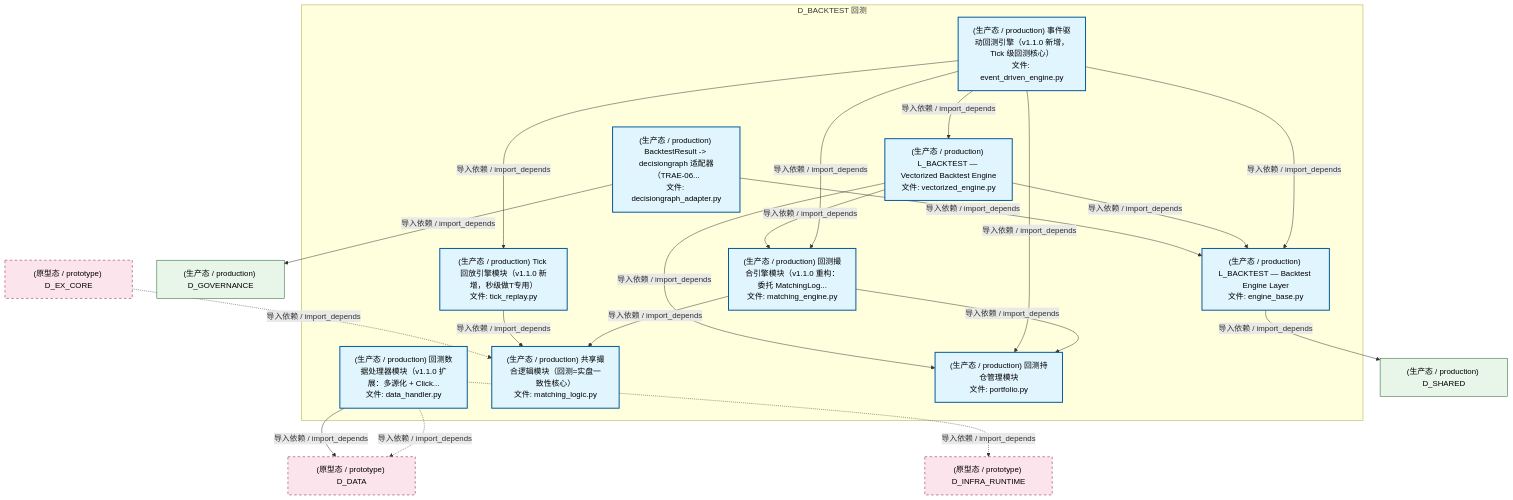
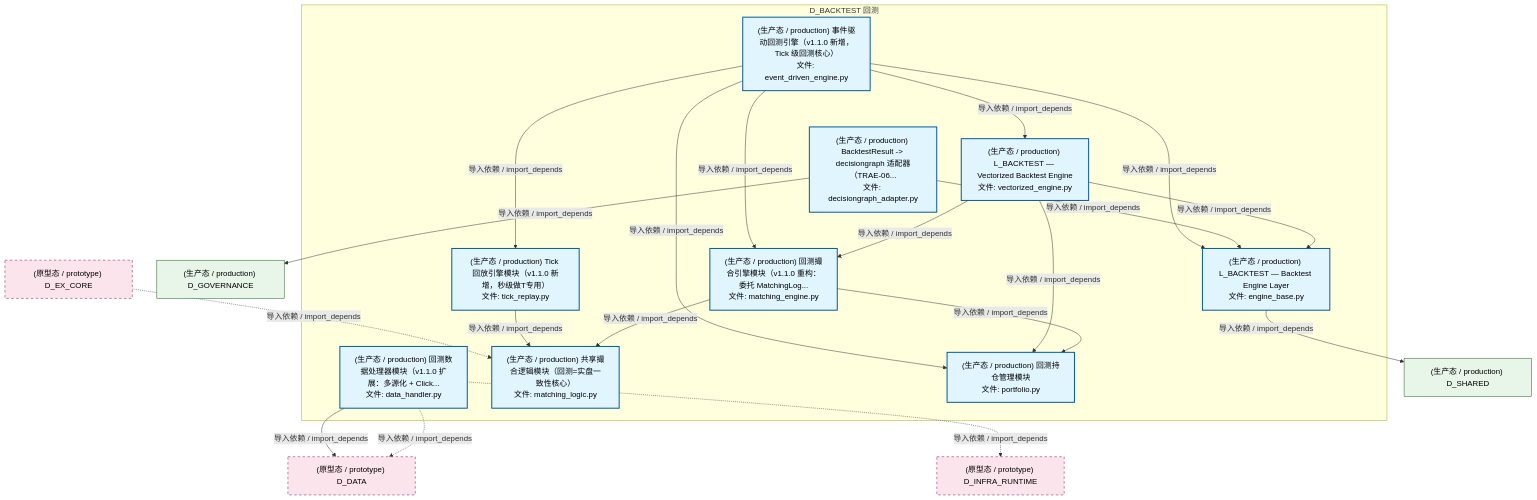
One commit to xuanFelixVan/ZephyrAlpha changed the second of 5 diagrams in docs/02_enterprise_architecture/02_domain_architecture_docs/30_d_backtest.md. Above: the diagram before and after it, drawn with Mermaid. The commit also changed other lines of this file and 98 other files, not shown here.

````diff
--- a/docs/02_enterprise_architecture/02_domain_architecture_docs/30_d_backtest.md
+++ b/docs/02_enterprise_architecture/02_domain_architecture_docs/30_d_backtest.md
@@ -182,44 +182,44 @@
 ```mermaid
 graph TD
     subgraph D_BACKTEST["D_BACKTEST 回测"]
         src_zephyr_backtest_core_data_handler_py["(生产态 / production) 回测数据处理器模块（v1.1.0 扩展：多源化 + Click...<br/>文件: data_handler.py"]
         src_zephyr_backtest_core_engine_base_py["(生产态 / production) L_BACKTEST — Backtest Engine Layer<br/>文件: engine_base.py"]
         src_zephyr_backtest_core_matching_engine_py["(生产态 / production) 回测撮合引擎模块（v1.1.0 重构：委托 MatchingLog...<br/>文件: matching_engine.py"]
         src_zephyr_backtest_core_matching_logic_py["(生产态 / production) 共享撮合逻辑模块（回测=实盘一致性核心）<br/>文件: matching_logic.py"]
         src_zephyr_backtest_core_portfolio_py["(生产态 / production) 回测持仓管理模块<br/>文件: portfolio.py"]
         src_zephyr_backtest_core_tick_replay_py["(生产态 / production) Tick 回放引擎模块（v1.1.0 新增，秒级做T专用）<br/>文件: tick_replay.py"]
         src_zephyr_backtest_implementations_event_driven_engine_py["(生产态 / production) 事件驱动回测引擎（v1.1.0 新增，Tick 级回测核心）<br/>文件: event_driven_engine.py"]
         src_zephyr_backtest_implementations_vectorized_engine_py["(生产态 / production) L_BACKTEST — Vectorized Backtest Engine<br/>文件: vectorized_engine.py"]
         src_zephyr_backtest_io_decisiongraph_adapter_py["(生产态 / production) BacktestResult -> decisiongraph 适配器（TRAE-06...<br/>文件: decisiongraph_adapter.py"]
     end
+    src_zephyr_backtest_core_matching_engine_py -->|导入依赖 / import_depends| src_zephyr_backtest_core_matching_logic_py
     src_zephyr_backtest_core_matching_engine_py -->|导入依赖 / import_depends| src_zephyr_backtest_core_portfolio_py
-    src_zephyr_backtest_core_matching_engine_py -->|导入依赖 / import_depends| src_zephyr_backtest_core_matching_logic_py
-    src_zephyr_backtest_implementations_event_driven_engine_py -->|导入依赖 / import_depends| src_zephyr_backtest_core_matching_engine_py
-    src_zephyr_backtest_implementations_event_driven_engine_py -->|导入依赖 / import_depends| src_zephyr_backtest_core_engine_base_py
-    src_zephyr_backtest_implementations_event_driven_engine_py -->|导入依赖 / import_depends| src_zephyr_backtest_core_portfolio_py
-    src_zephyr_backtest_implementations_event_driven_engine_py -->|导入依赖 / import_depends| src_zephyr_backtest_core_tick_replay_py
-    src_zephyr_backtest_implementations_event_driven_engine_py -->|导入依赖 / import_depends| src_zephyr_backtest_implementations_vectorized_engine_py
     src_zephyr_backtest_core_tick_replay_py -->|导入依赖 / import_depends| src_zephyr_backtest_core_matching_logic_py
+    src_zephyr_backtest_implementations_vectorized_engine_py -->|导入依赖 / import_depends| src_zephyr_backtest_core_engine_base_py
     src_zephyr_backtest_implementations_vectorized_engine_py -->|导入依赖 / import_depends| src_zephyr_backtest_core_matching_engine_py
-    src_zephyr_backtest_implementations_vectorized_engine_py -->|导入依赖 / import_depends| src_zephyr_backtest_core_engine_base_py
     src_zephyr_backtest_implementations_vectorized_engine_py -->|导入依赖 / import_depends| src_zephyr_backtest_core_portfolio_py
     src_zephyr_backtest_io_decisiongraph_adapter_py -->|导入依赖 / import_depends| src_zephyr_backtest_core_engine_base_py
+    src_zephyr_backtest_implementations_event_driven_engine_py -->|导入依赖 / import_depends| src_zephyr_backtest_core_engine_base_py
+    src_zephyr_backtest_implementations_event_driven_engine_py -->|导入依赖 / import_depends| src_zephyr_backtest_core_matching_engine_py
+    src_zephyr_backtest_implementations_event_driven_engine_py -->|导入依赖 / import_depends| src_zephyr_backtest_core_tick_replay_py
+    src_zephyr_backtest_implementations_event_driven_engine_py -->|导入依赖 / import_depends| src_zephyr_backtest_core_portfolio_py
+    src_zephyr_backtest_implementations_event_driven_engine_py -->|导入依赖 / import_depends| src_zephyr_backtest_implementations_vectorized_engine_py
     D_DATA["(原型态 / prototype) D_DATA"]
     src_zephyr_backtest_core_data_handler_py -.->|导入依赖 / import_depends| D_DATA
     src_zephyr_backtest_core_data_handler_py -->|导入依赖 / import_depends| D_DATA
     D_INFRA_RUNTIME["(原型态 / prototype) D_INFRA_RUNTIME"]
     src_zephyr_backtest_core_data_handler_py -.->|导入依赖 / import_depends| D_INFRA_RUNTIME
     D_SHARED["(生产态 / production) D_SHARED"]
     src_zephyr_backtest_core_engine_base_py -->|导入依赖 / import_depends| D_SHARED
     D_GOVERNANCE["(生产态 / production) D_GOVERNANCE"]
     src_zephyr_backtest_io_decisiongraph_adapter_py -->|导入依赖 / import_depends| D_GOVERNANCE
     D_EX_CORE["(原型态 / prototype) D_EX_CORE"]
     D_EX_CORE -.->|导入依赖 / import_depends| src_zephyr_backtest_core_matching_logic_py
     classDef production fill:#e1f5fe,stroke:#01579b,stroke-width:2px,color:#000
     classDef design fill:#fff3e0,stroke:#e65100,stroke-width:2px,color:#000,stroke-dasharray: 5 5
     classDef external_prod fill:#e8f5e9,stroke:#1b5e20,stroke-width:1px,color:#000
     classDef external_design fill:#fce4ec,stroke:#880e4f,stroke-width:1px,color:#000,stroke-dasharray: 5 5
     class src_zephyr_backtest_core_data_handler_py,src_zephyr_backtest_core_engine_base_py,src_zephyr_backtest_core_matching_engine_py,src_zephyr_backtest_core_matching_logic_py,src_zephyr_backtest_core_portfolio_py,src_zephyr_backtest_core_tick_replay_py,src_zephyr_backtest_implementations_event_driven_engine_py,src_zephyr_backtest_implementations_vectorized_engine_py,src_zephyr_backtest_io_decisiongraph_adapter_py production
     class D_SHARED,D_GOVERNANCE external_prod
     class D_DATA,D_INFRA_RUNTIME,D_EX_CORE external_design
 ```
````
